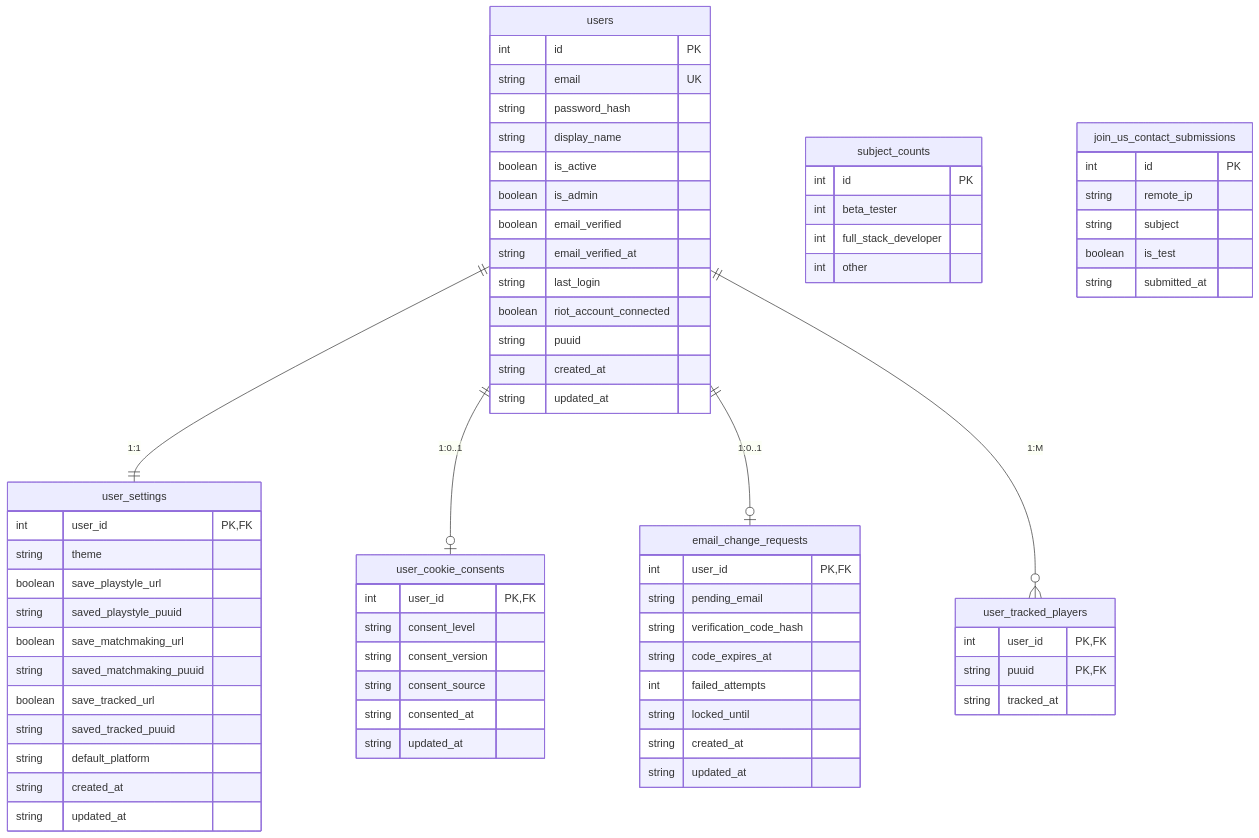
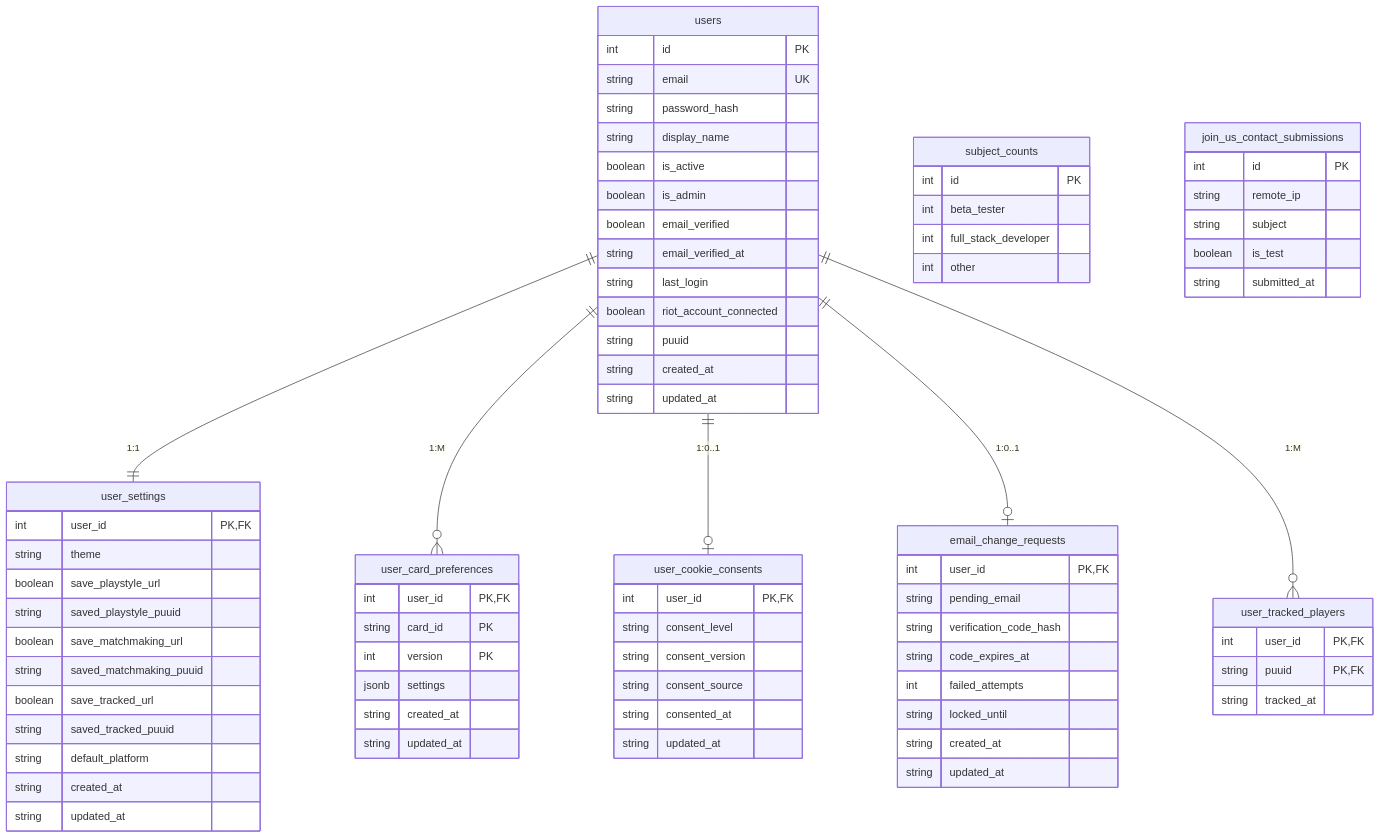
Before and after one commit to matejkadlec/league-analysis: the first of 3 diagrams in docs/database.md, drawn with Mermaid. The commit also changed other lines of this file and 9 other files, not shown here.

Commit message:
feat(settings): persist versioned card preferences

````diff
--- a/docs/database.md
+++ b/docs/database.md
@@ -21,6 +21,7 @@
 ```mermaid
 erDiagram
     users ||--|| user_settings : "1:1"
+    users ||--o{ user_card_preferences : "1:M"
     users ||--o| user_cookie_consents : "1:0..1"
     users ||--o| email_change_requests : "1:0..1"
     users ||--o{ user_tracked_players : "1:M"
@@ -51,6 +52,15 @@
         boolean save_tracked_url
         string saved_tracked_puuid
         string default_platform
+        string created_at
+        string updated_at
+    }
+
+    user_card_preferences {
+        int user_id PK, FK
+        string card_id PK
+        int version PK
+        jsonb settings
         string created_at
         string updated_at
     }
````
